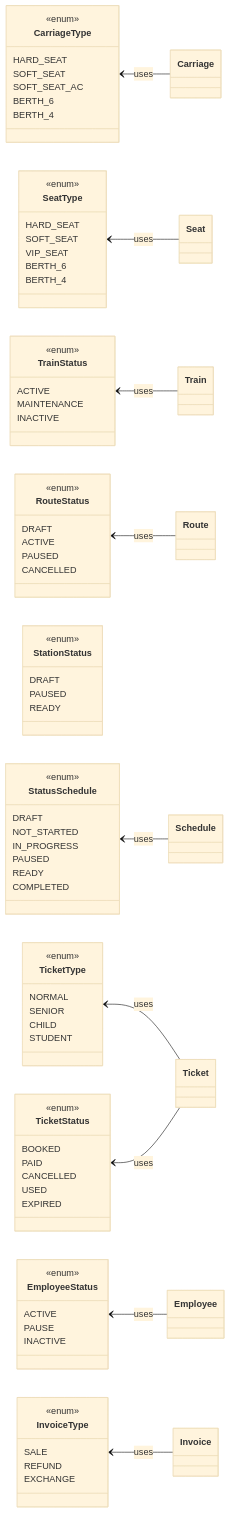
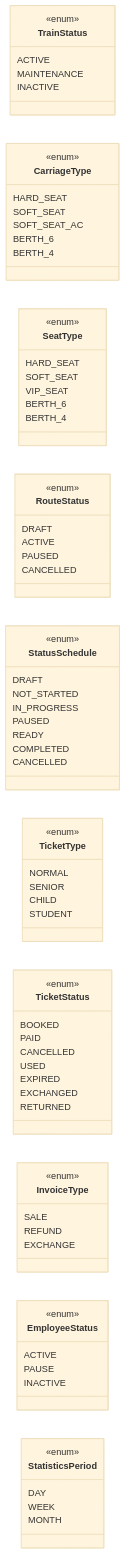
Before and after one commit to Distributed-Programing-Project/railway-reservation-system-server: the tenth of 10 diagrams in docs/diagrams/class-diagram.md, drawn with Mermaid (base theme). The commit also changed other lines of this file and 1 other file, not shown here.

Commit message:
feat: Enhance class and sequence diagrams for schedule management, adding detailed DTOs and relationships

````diff
--- a/docs/diagrams/class-diagram.md
+++ b/docs/diagrams/class-diagram.md
@@ -373,6 +627,13 @@
 ```mermaid
 classDiagram
     direction LR
+
+    class TrainStatus {
+        <<enum>>
+        ACTIVE
+        MAINTENANCE
+        INACTIVE
+    }
 
     class CarriageType {
         <<enum>>
@@ -392,26 +653,12 @@
         BERTH_4
     }
 
-    class TrainStatus {
-        <<enum>>
-        ACTIVE
-        MAINTENANCE
-        INACTIVE
-    }
-
     class RouteStatus {
         <<enum>>
         DRAFT
         ACTIVE
         PAUSED
         CANCELLED
-    }
-
-    class StationStatus {
-        <<enum>>
-        DRAFT
-        PAUSED
-        READY
     }
 
     class StatusSchedule {
@@ -422,6 +669,7 @@
         PAUSED
         READY
         COMPLETED
+        CANCELLED
     }
 
     class TicketType {
@@ -439,6 +687,15 @@
         CANCELLED
         USED
         EXPIRED
+        EXCHANGED
+        RETURNED
+    }
+
+    class InvoiceType {
+        <<enum>>
+        SALE
+        REFUND
+        EXCHANGE
     }
 
     class EmployeeStatus {
@@ -448,21 +705,10 @@
         INACTIVE
     }
 
-    class InvoiceType {
+    class StatisticsPeriod {
         <<enum>>
-        SALE
-        REFUND
-        EXCHANGE
+        DAY
+        WEEK
+        MONTH
     }
-
-    %% Used by
-    CarriageType <-- Carriage : uses
-    SeatType <-- Seat : uses
-    TrainStatus <-- Train : uses
-    RouteStatus <-- Route : uses
-    StatusSchedule <-- Schedule : uses
-    TicketType <-- Ticket : uses
-    TicketStatus <-- Ticket : uses
-    EmployeeStatus <-- Employee : uses
-    InvoiceType <-- Invoice : uses
 ```
````
